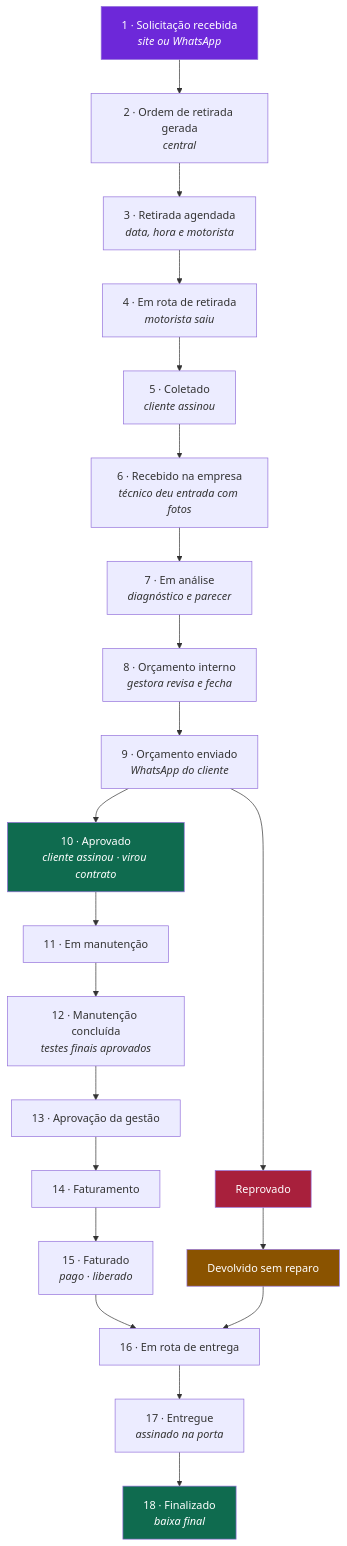
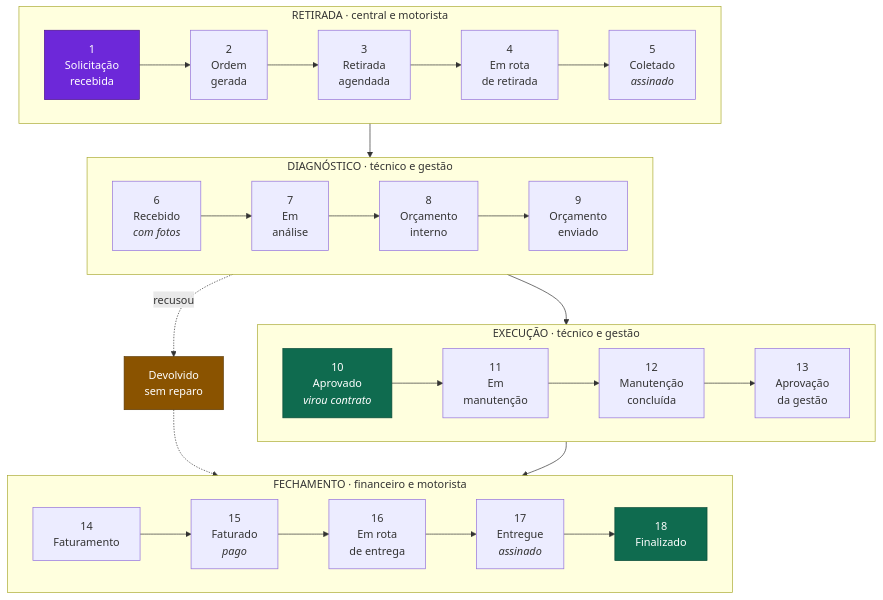
Before and after one commit to lucasjesus123/DTECH-MED: the first of 7 diagrams in PROCESSOS.md, drawn with Mermaid. The commit also changed other lines of this file and 1 other file, not shown here.

Commit message:
Redesenha os diagramas para caberem impressos
Gerado o PDF, dois diagramas ficaram altos demais para uma folha e precisaram
encolher para 48% — letra de 4,7pt, ilegível no papel. Encolher é a saída
preguiçosa: o desenho é que estava errado para o formato.

A esteira virou quatro fases empilhadas em escada — retirada, diagnóstico,
execução, fechamento — cada uma correndo na horizontal. A mesma informação,
numa proporção que combina com uma folha. Os papéis viraram um leque, com as
etapas de cada um no próprio quadro em vez de numa caixa à parte.

E a folha virou paisagem: fluxo de processo anda de lado, e em pé ele é
espremido de qualquer jeito.

Resultado medido, e não estimado: sete de sete diagramas renderizados, nenhum
mais largo ou mais alto que a área útil, nenhum reduzido, nenhum erro de
página. Sete páginas.

O PDF fica fora do git — ele é gerado a partir do Markdown, e binário
versionado que muda a cada geração polui o histórico sem acrescentar nada.

Claude-Session: https://claude.ai/code/session_01SFEK5abDw5jRSd8BtjAZB8

````diff
--- a/PROCESSOS.md
+++ b/PROCESSOS.md
@@ -13,32 +13,33 @@
 ```mermaid
-flowchart TD
-    A["1 · Solicitação recebida<br/><i>site ou WhatsApp</i>"] --> B["2 · Ordem de retirada gerada<br/><i>central</i>"]
-    B --> C["3 · Retirada agendada<br/><i>data, hora e motorista</i>"]
-    C --> D["4 · Em rota de retirada<br/><i>motorista saiu</i>"]
-    D --> E["5 · Coletado<br/><i>cliente assinou</i>"]
-    E --> F["6 · Recebido na empresa<br/><i>técnico deu entrada com fotos</i>"]
-    F --> G["7 · Em análise<br/><i>diagnóstico e parecer</i>"]
-    G --> H["8 · Orçamento interno<br/><i>gestora revisa e fecha</i>"]
-    H --> I["9 · Orçamento enviado<br/><i>WhatsApp do cliente</i>"]
+flowchart TB
+    subgraph R["RETIRADA · central e motorista"]
+        direction LR
+        A1["1<br/>Solicitação<br/>recebida"] --> A2["2<br/>Ordem<br/>gerada"] --> A3["3<br/>Retirada<br/>agendada"] --> A4["4<br/>Em rota<br/>de retirada"] --> A5["5<br/>Coletado<br/><i>assinado</i>"]
+    end
 
-    I --> J["10 · Aprovado<br/><i>cliente assinou · virou contrato</i>"]
-    I --> R["Reprovado"]
+    subgraph D["DIAGNÓSTICO · técnico e gestão"]
+        direction LR
+        B1["6<br/>Recebido<br/><i>com fotos</i>"] --> B2["7<br/>Em<br/>análise"] --> B3["8<br/>Orçamento<br/>interno"] --> B4["9<br/>Orçamento<br/>enviado"]
+    end
 
-    J --> K["11 · Em manutenção"]
-    K --> L["12 · Manutenção concluída<br/><i>testes finais aprovados</i>"]
-    L --> M["13 · Aprovação da gestão"]
-    M --> N["14 · Faturamento"]
-    N --> O["15 · Faturado<br/><i>pago · liberado</i>"]
-    O --> P["16 · Em rota de entrega"]
-    P --> Q["17 · Entregue<br/><i>assinado na porta</i>"]
-    Q --> S["18 · Finalizado<br/><i>baixa final</i>"]
+    subgraph E["EXECUÇÃO · técnico e gestão"]
+        direction LR
+        C1["10<br/>Aprovado<br/><i>virou contrato</i>"] --> C2["11<br/>Em<br/>manutenção"] --> C3["12<br/>Manutenção<br/>concluída"] --> C4["13<br/>Aprovação<br/>da gestão"]
+    end
 
-    R --> T["Devolvido sem reparo"]
-    T --> P
+    subgraph F["FECHAMENTO · financeiro e motorista"]
+        direction LR
+        D1["14<br/>Faturamento"] --> D2["15<br/>Faturado<br/><i>pago</i>"] --> D3["16<br/>Em rota<br/>de entrega"] --> D4["17<br/>Entregue<br/><i>assinado</i>"] --> D5["18<br/>Finalizado"]
+    end
 
-    style A fill:#6D28D9,color:#fff
-    style J fill:#0F6B4F,color:#fff
-    style S fill:#0F6B4F,color:#fff
-    style R fill:#A8203C,color:#fff
-    style T fill:#8A5300,color:#fff
+    A5 --> B1
+    B4 --> C1
+    B4 -.->|"recusou"| X["Devolvido<br/>sem reparo"]
+    C4 --> D1
+    X -.-> D3
+
+    style A1 fill:#6D28D9,color:#fff,stroke:#4A0D8F
+    style C1 fill:#0F6B4F,color:#fff,stroke:#0A4A37
+    style D5 fill:#0F6B4F,color:#fff,stroke:#0A4A37
+    style X fill:#8A5300,color:#fff,stroke:#5C3800
 ```
````
